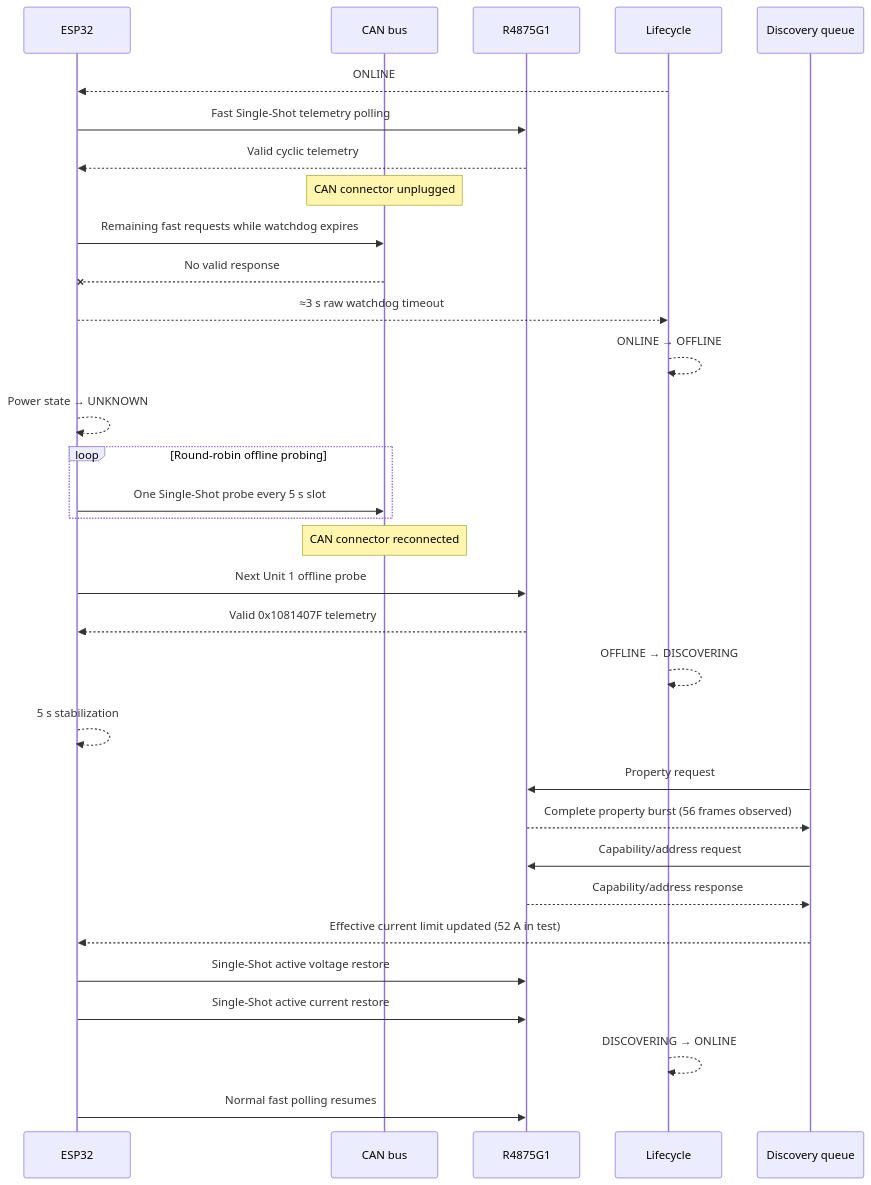
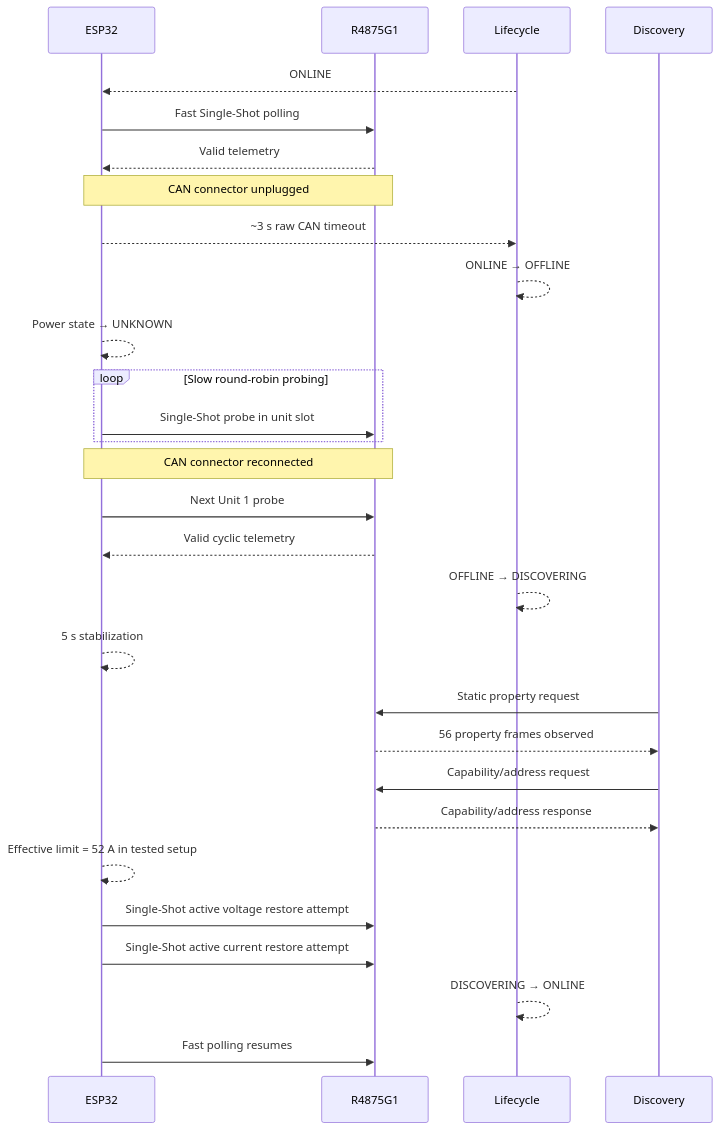
Diagram 19 of 20 in R4875G1_CONTROL_FLOWS.md (anwa/esphome-r4875g1-3phase-charger), drawn with Mermaid before and after one commit. The commit also changed other lines of this file, not shown here.

Commit message:
Clarify reconnect restore lifecycle documentation

````diff
--- a/R4875G1_CONTROL_FLOWS.md
+++ b/R4875G1_CONTROL_FLOWS.md
@@ -802,41 +627,36 @@
 ```mermaid
 sequenceDiagram
     participant ESP as ESP32
-    participant BUS as CAN bus
     participant R as R4875G1
     participant LIFE as Lifecycle
-    participant DISC as Discovery queue
+    participant DISC as Discovery
 
     LIFE-->>ESP: ONLINE
-    ESP->>R: Fast Single-Shot telemetry polling
-    R-->>ESP: Valid cyclic telemetry
+    ESP->>R: Fast Single-Shot polling
+    R-->>ESP: Valid telemetry
 
-    Note over BUS: CAN connector unplugged
-
-    ESP->>BUS: Remaining fast requests while watchdog expires
-    BUS--xESP: No valid response
-    ESP-->>LIFE: ≈3 s raw watchdog timeout
+    Note over ESP,R: CAN connector unplugged
+    ESP-->>LIFE: ~3 s raw CAN timeout
     LIFE-->>LIFE: ONLINE → OFFLINE
     ESP-->>ESP: Power state → UNKNOWN
 
-    loop Round-robin offline probing
-        ESP->>BUS: One Single-Shot probe every 5 s slot
+    loop Slow round-robin probing
+        ESP->>R: Single-Shot probe in unit slot
     end
 
-    Note over BUS: CAN connector reconnected
-
-    ESP->>R: Next Unit 1 offline probe
-    R-->>ESP: Valid 0x1081407F telemetry
+    Note over ESP,R: CAN connector reconnected
+    ESP->>R: Next Unit 1 probe
+    R-->>ESP: Valid cyclic telemetry
     LIFE-->>LIFE: OFFLINE → DISCOVERING
 
     ESP-->>ESP: 5 s stabilization
-    DISC->>R: Property request
-    R-->>DISC: Complete property burst (56 frames observed)
+    DISC->>R: Static property request
+    R-->>DISC: 56 property frames observed
     DISC->>R: Capability/address request
     R-->>DISC: Capability/address response
-    DISC-->>ESP: Effective current limit updated (52 A in test)
-    ESP->>R: Single-Shot active voltage restore
-    ESP->>R: Single-Shot active current restore
+    ESP-->>ESP: Effective limit = 52 A in tested setup
+    ESP->>R: Single-Shot active voltage restore attempt
+    ESP->>R: Single-Shot active current restore attempt
     LIFE-->>LIFE: DISCOVERING → ONLINE
-    ESP->>R: Normal fast polling resumes
+    ESP->>R: Fast polling resumes
 ```
````
